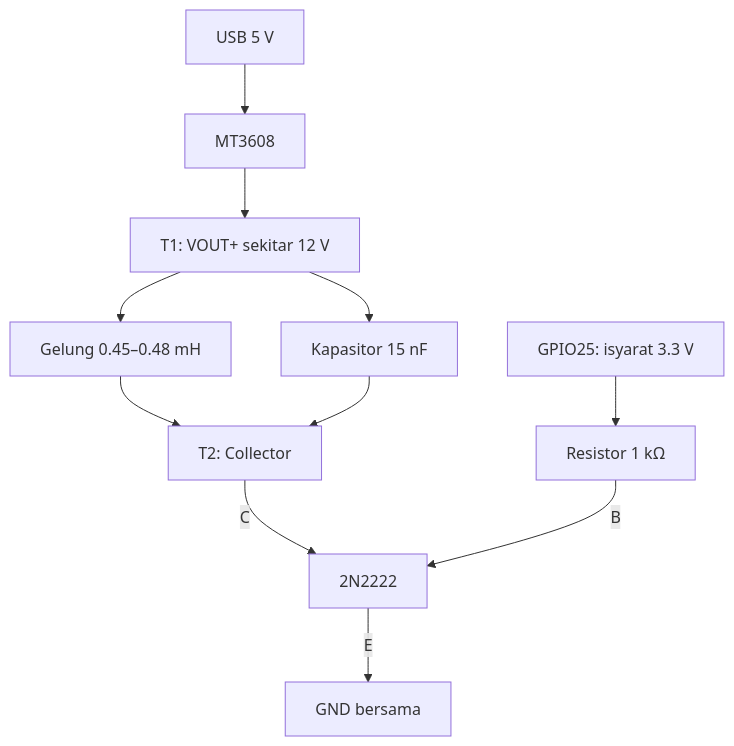
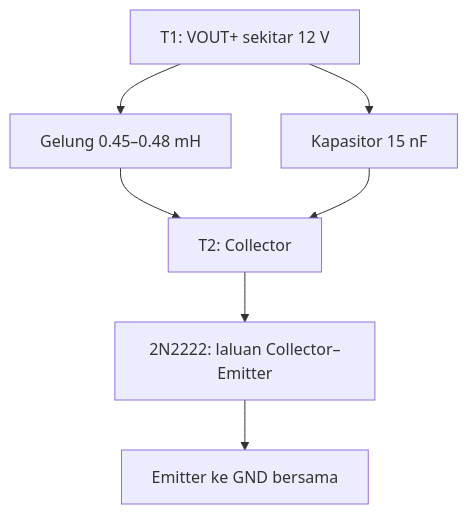
Before and after one commit to amundead/mb6-timesync-jjy: the second of 2 diagrams in README.md, drawn with Mermaid. The commit also changed other lines of this file and 1 other file, not shown here.

````diff
--- a/README.md
+++ b/README.md
@@ -99,13 +145,9 @@
 ```mermaid
 flowchart TD
-    P5["USB 5 V"] --> BOOST["MT3608"]
-    BOOST --> P12["T1: VOUT+ sekitar 12 V"]
-    P12 --> L["Gelung 0.45–0.48 mH"]
-    P12 --> CAP["Kapasitor 15 nF"]
+    T1["T1: VOUT+ sekitar 12 V"] --> L["Gelung 0.45–0.48 mH"]
+    T1 --> C["Kapasitor 15 nF"]
     L --> T2["T2: Collector"]
-    CAP --> T2
-    T2 -->|C| Q["2N2222"]
-    D25["GPIO25: isyarat 3.3 V"] --> R1["Resistor 1 kΩ"]
-    R1 -->|B| Q
-    Q -->|E| G["GND bersama"]
+    C --> T2
+    T2 --> Q["2N2222: laluan Collector–Emitter"]
+    Q --> G["Emitter ke GND bersama"]
 ```
````
